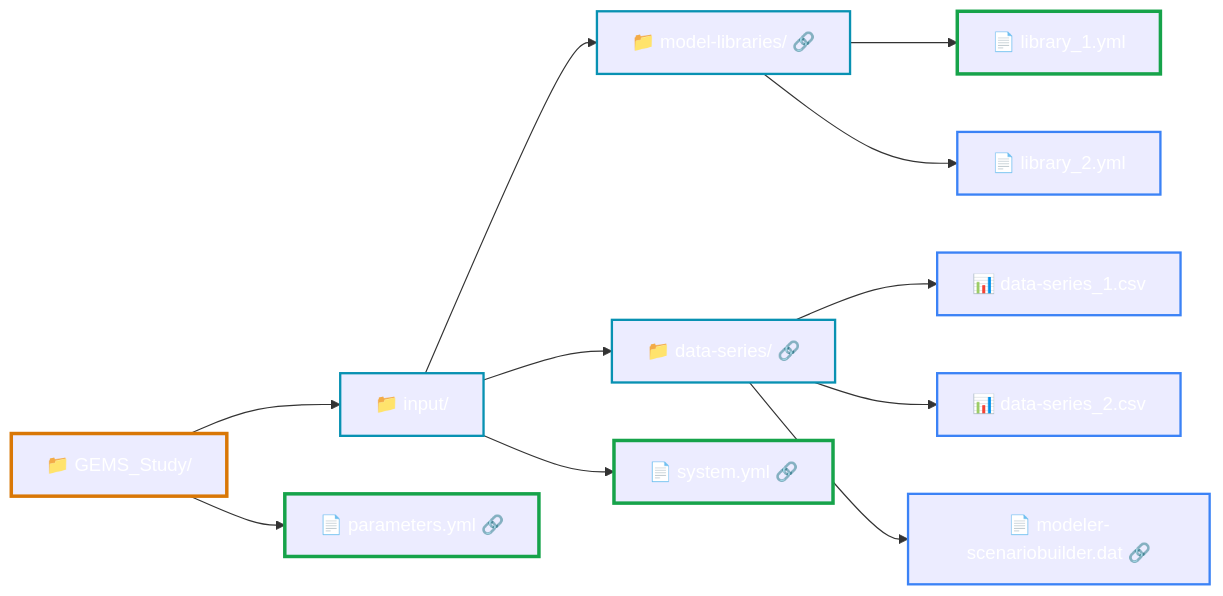
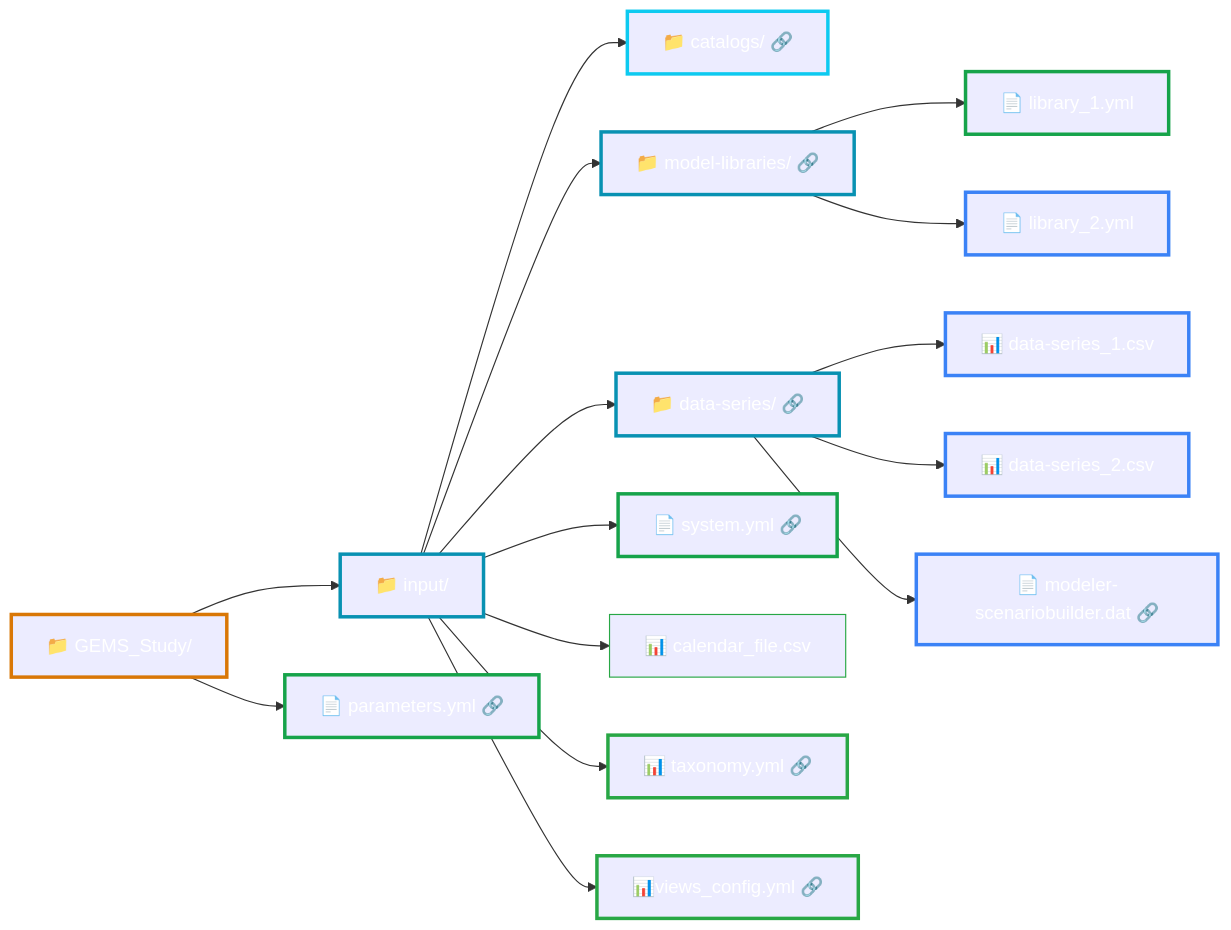
Before and after one commit to AntaresSimulatorTeam/GEMS: the diagram in doc/user-guide/input-files/overview.md, drawn with Mermaid. The commit also changed other lines of this file and 17 other files, not shown here.

````diff
--- a/doc/user-guide/input-files/overview.md
+++ b/doc/user-guide/input-files/overview.md
@@ -13,45 +13,60 @@
 ```mermaid
 flowchart LR
     Study["📁 GEMS_Study/"]
     Input["📁 input/"]
+    Catalogs["📁 catalogs/ 🔗"]
     ModelLib["📁 model-libraries/ 🔗"]
     DataSeries["📁 data-series/ 🔗"]
     
     System["📄 system.yml 🔗"]
     Params["📄 parameters.yml 🔗"]
     Lib1["📄 library_1.yml"]
     Lib2["📄 library_2.yml"]
     Data1["📊 data-series_1.csv"]
     Data2["📊 data-series_2.csv"]
     Scenario["📄 modeler-scenariobuilder.dat 🔗"]
+    Calendar["📊 calendar_file.csv"]
+    Taxonomy["📊 taxonomy.yml 🔗"]
+    Views_Configuration["📊views_config.yml 🔗"]
     
     Study --> Input
     Study --> Params
     Input --> ModelLib
     Input --> System
     Input --> DataSeries
+    Input --> Catalogs
+    Input --> Taxonomy
+    Input --> Calendar
+    Input --> Views_Configuration
     ModelLib --> Lib1
     ModelLib --> Lib2
     DataSeries --> Data1
     DataSeries --> Data2
     DataSeries --> Scenario
     
     style Study stroke:#d97706,stroke-width:3px,color:#ffffff
-    style Input stroke:#0891b2,stroke-width:2px,color:#ffffff
-    style ModelLib stroke:#0891b2,stroke-width:2px,color:#ffffff
-    style DataSeries stroke:#0891b2,stroke-width:2px,color:#ffffff
+    style Input stroke:#0891b2,stroke-width:3px,color:#ffffff
+    style ModelLib stroke:#0891b2,stroke-width:3px,color:#ffffff
+    style DataSeries stroke:#0891b2,stroke-width:3px,color:#ffffff
+    style Catalogs stroke:#0dcaf0,stroke-width:3px,color:#ffffff
     style System stroke:#16a34a,stroke-width:3px,color:#ffffff
+    style Taxonomy stroke:#28a745,stroke-width:3px,color:#ffffff
+    style Views_Configuration stroke:#28a745,stroke-width:3px,color:#ffffff
+    style Calendar stroke:#28a745,stroke-width:1px,color:#ffffff
     style Params stroke:#16a34a,stroke-width:3px,color:#ffffff
     style Lib1 stroke:#16a34a,stroke-width:3px,color:#ffffff
-    style Lib2 stroke:#3b82f6,stroke-width:2px,color:#ffffff
-    style Data1 stroke:#3b82f6,stroke-width:2px,color:#ffffff
-    style Data2 stroke:#3b82f6,stroke-width:2px,color:#ffffff
-    style Scenario stroke:#3b82f6,stroke-width:2px,color:#ffffff
+    style Lib2 stroke:#3b82f6,stroke-width:3px,color:#ffffff
+    style Data1 stroke:#3b82f6,stroke-width:3px,color:#ffffff
+    style Data2 stroke:#3b82f6,stroke-width:3px,color:#ffffff
+    style Scenario stroke:#3b82f6,stroke-width:3px,color:#ffffff
 
     
     click ModelLib "../library/"
     click System "../system/"
     click DataSeries "../data-series/"
     click Scenario "../scenario-builder/"
     click Params "../solver-optimization/"
+    click Catalogs "../catalog/"
+    click Taxonomy "../taxonomy/"
+    click Views_Configuration "../views-config/"
 ```
````
